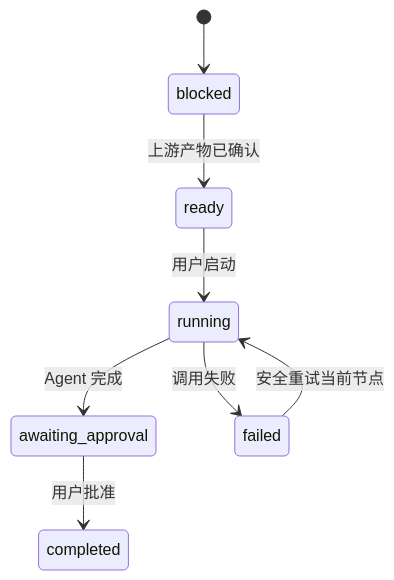
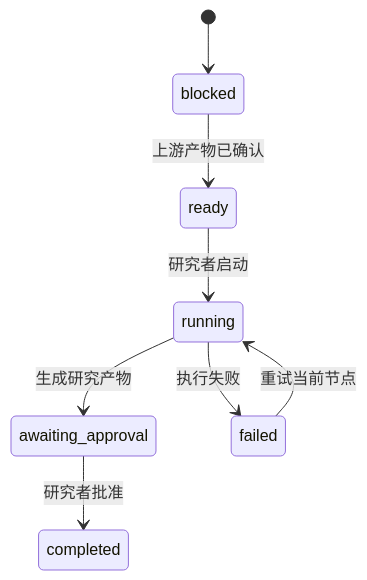
One commit to telitor/SciPilot changed the second of 3 diagrams in README.md. Above: the diagram before and after it, drawn with Mermaid. The commit also changed other lines of this file, not shown here.

````diff
--- a/README.md
+++ b/README.md
@@ -204,10 +156,10 @@
 ```mermaid
 stateDiagram-v2
     [*] --> blocked
     blocked --> ready: 上游产物已确认
-    ready --> running: 用户启动
-    running --> awaiting_approval: Agent 完成
-    awaiting_approval --> completed: 用户批准
-    running --> failed: 调用失败
-    failed --> running: 安全重试当前节点
+    ready --> running: 研究者启动
+    running --> awaiting_approval: 生成研究产物
+    awaiting_approval --> completed: 研究者批准
+    running --> failed: 执行失败
+    failed --> running: 重试当前节点
 ```
````
